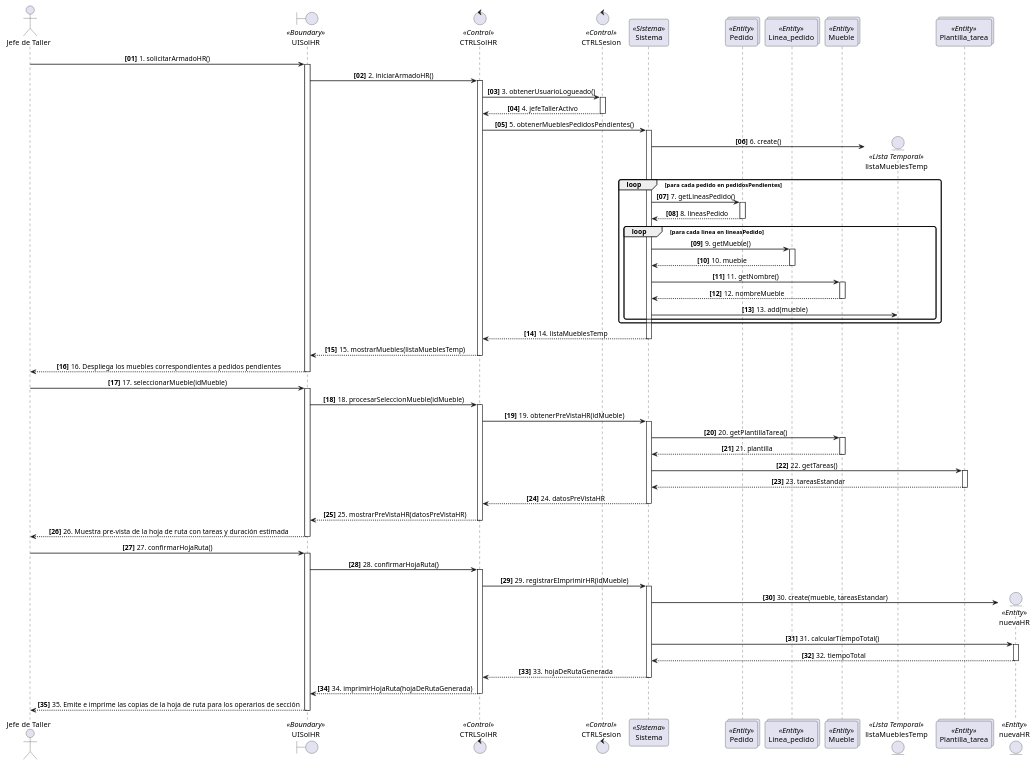
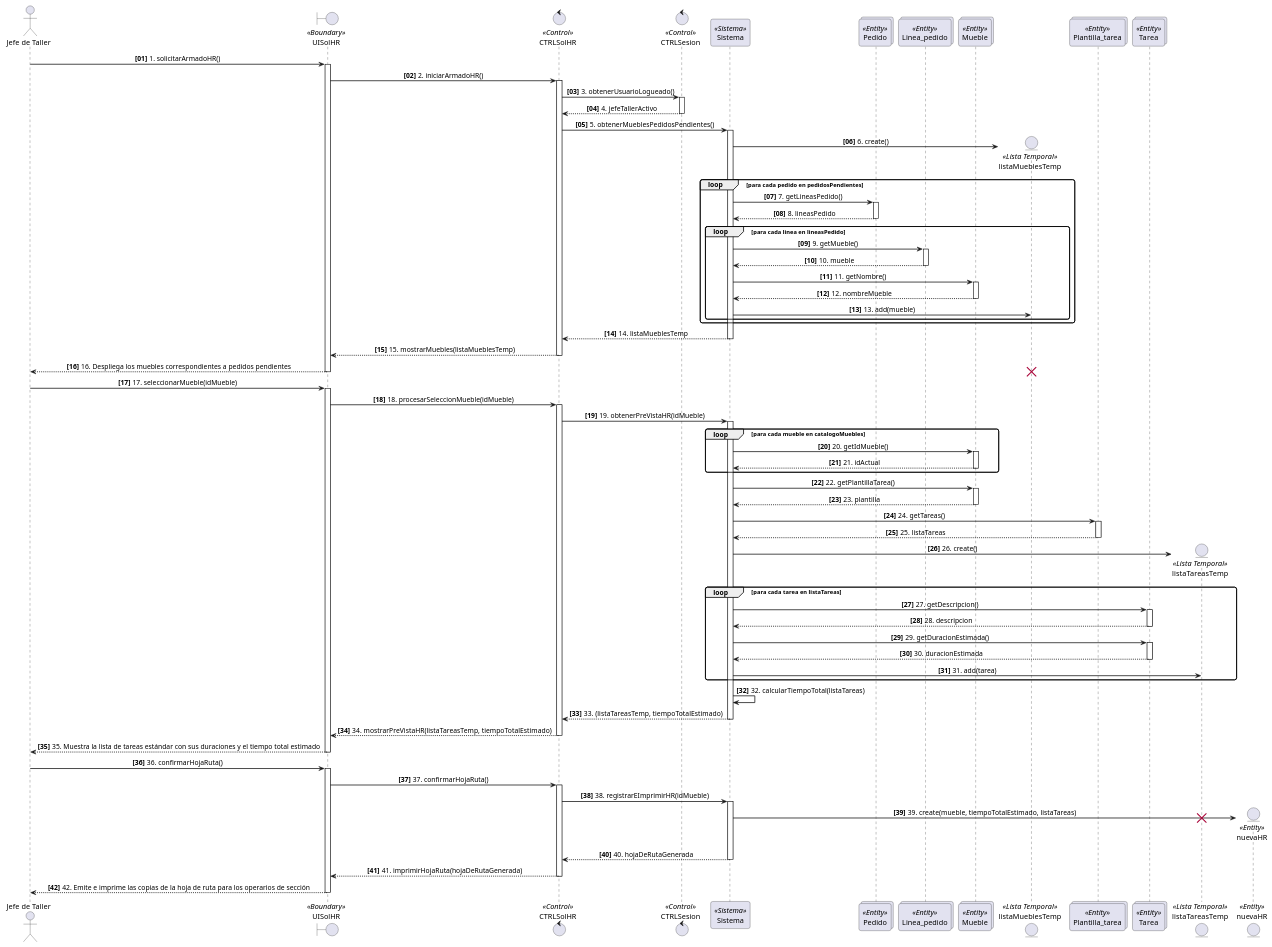
The diagram in modelos/03/03-diagrama-secuencia/secuencia_armar_hoja_de_ruta.puml (sandobaitt/dsi-2026), drawn with PlantUML before and after one commit. The commit also changed 5 other files, not shown here.

Commit message:
refactor: update armar hoja de ruta models with explicit method signatures and refine diagram skill guidelines

```diff
--- a/modelos/03/03-diagrama-secuencia/secuencia_armar_hoja_de_ruta.puml
+++ b/modelos/03/03-diagrama-secuencia/secuencia_armar_hoja_de_ruta.puml
@@ -1,152 +1,188 @@
 @startuml secuencia_armar_hoja_de_ruta
 !pragma layout smetana
 autonumber "<b>[00]</b>"
 skinparam shadowing false
 skinparam roundcorner 8
 skinparam sequenceArrowThickness 1.5
 skinparam sequenceMessageAlign center
 skinparam responseMessageBelowArrow true
 
 ' ==============================================================================
 ' DIAGRAMA DE SECUENCIA: Realización de CU "Armar Hoja de Ruta" (Camino Estándar)
 ' Modelo 03: Fábrica de Muebles Metálicos - Materia: Diseño de Sistemas (DSI 2026)
 ' - CTRLSesion preexistente para usuario activo
-' - Lista temporal creada e instanciada exclusivamente por Sistema
-' - Sin mensaje de retorno desde lista temporal hacia Sistema
-' - Sin llamadas destroy (optimización de parcial) y sin palabra clave return
+' - Búsqueda explícita del mueble, su plantilla y las tareas estándar
+' - Listas temporales creadas e instanciadas exclusivamente por Sistema
+' - Pre-vista clara: lista temporal de tareas y tiempo total acumulado
+' - Sin llamadas redundantes de cálculo y sin palabra clave return
 ' - Coherencia total con los métodos del Diagrama de Clases
 ' ==============================================================================
 
 ' 1. Participantes ordenados de izquierda a derecha
 actor "Jefe de Taller" as Actor
 boundary "UISolHR" as UI <<Boundary>>
 control "CTRLSolHR" as CTRL <<Control>>
 control "CTRLSesion" as CTRLSesion <<Control>>
 participant "Sistema" as Sistema <<Sistema>>
 collections "Pedido" as Pedidos <<Entity>>
 collections "Linea_pedido" as Lineas <<Entity>>
 collections "Mueble" as Muebles <<Entity>>
-entity "listaMueblesTemp" as ListaTemp <<Lista Temporal>>
+entity "listaMueblesTemp" as ListaMueblesTemp <<Lista Temporal>>
 collections "Plantilla_tarea" as Plantillas <<Entity>>
+collections "Tarea" as Tareas <<Entity>>
+entity "listaTareasTemp" as ListaTareasTemp <<Lista Temporal>>
 entity "nuevaHR" as HojaDeRuta <<Entity>>
 
 ' ------------------------------------------------------------------------------
 ' FLUJO PRINCIPAL (CAMINO ESTÁNDAR)
 ' ------------------------------------------------------------------------------
 
 ' Paso 1: El Jefe de Taller solicita la Hoja de Ruta
 Actor -> UI: 1. solicitarArmadoHR()
 activate UI
 
 UI -> CTRL: 2. iniciarArmadoHR()
 activate CTRL
 
 ' Regla Cátedra: Consulta de sesión preexistente sin pedir credenciales al actor
 CTRL -> CTRLSesion: 3. obtenerUsuarioLogueado()
 activate CTRLSesion
 CTRLSesion --> CTRL: 4. jefeTallerActivo
 deactivate CTRLSesion
 
 ' Regla Cátedra: De CTRL a Sistema se usa "obtener...()"
 CTRL -> Sistema: 5. obtenerMueblesPedidosPendientes()
 activate Sistema
 
-' Regla Cátedra: Sistema es el único responsable de crear listas temporales
-create ListaTemp
-Sistema -> ListaTemp: 6. create()
+' Regla Cátedra: Sistema crea la lista temporal para mostrar los muebles disponibles
+create ListaMueblesTemp
+Sistema -> ListaMueblesTemp: 6. create()
 
 ' Bucle para obtener muebles de los pedidos pendientes
 loop para cada pedido en pedidosPendientes
     Sistema -> Pedidos: 7. getLineasPedido()
     activate Pedidos
     Pedidos --> Sistema: 8. lineasPedido
     deactivate Pedidos
 
     loop para cada linea en lineasPedido
         Sistema -> Lineas: 9. getMueble()
         activate Lineas
         Lineas --> Sistema: 10. mueble
         deactivate Lineas
 
         Sistema -> Muebles: 11. getNombre()
         activate Muebles
         Muebles --> Sistema: 12. nombreMueble
         deactivate Muebles
 
         ' Regla Cátedra: Sistema añade a la lista que ya referencia
-        Sistema -> ListaTemp: 13. add(mueble)
+        Sistema -> ListaMueblesTemp: 13. add(mueble)
     end
 end
 
 ' Regla Cátedra: SIN retorno desde ListaTemp hacia Sistema
 ' Retorno con línea discontinua sin la palabra return
 Sistema --> CTRL: 14. listaMueblesTemp
 deactivate Sistema
 
 ' Paso 2: El Sistema muestra los diferentes muebles
 CTRL --> UI: 15. mostrarMuebles(listaMueblesTemp)
 deactivate CTRL
 
 UI --> Actor: 16. Despliega los muebles correspondientes a pedidos pendientes
 deactivate UI
 
+destroy ListaMueblesTemp
+
 ' Paso 3: El Jefe de Taller selecciona el mueble requerido
 Actor -> UI: 17. seleccionarMueble(idMueble)
 activate UI
 
 UI -> CTRL: 18. procesarSeleccionMueble(idMueble)
 activate CTRL
 
 CTRL -> Sistema: 19. obtenerPreVistaHR(idMueble)
 activate Sistema
 
-Sistema -> Muebles: 20. getPlantillaTarea()
+' Búsqueda e identificación del Mueble seleccionado en la colección
+loop para cada mueble en catalogoMuebles
+    Sistema -> Muebles: 20. getIdMueble()
+    activate Muebles
+    Muebles --> Sistema: 21. idActual
+    deactivate Muebles
+end
+
+' Se obtiene la plantilla de tareas asociada al mueble específico
+Sistema -> Muebles: 22. getPlantillaTarea()
 activate Muebles
-Muebles --> Sistema: 21. plantilla
+Muebles --> Sistema: 23. plantilla
 deactivate Muebles
 
-Sistema -> Plantillas: 22. getTareas()
+' Búsqueda y obtención de las tareas de la plantilla
+Sistema -> Plantillas: 24. getTareas()
 activate Plantillas
-Plantillas --> Sistema: 23. tareasEstandar
+Plantillas --> Sistema: 25. listaTareas
 deactivate Plantillas
 
-Sistema --> CTRL: 24. datosPreVistaHR
+' Regla Cátedra: Sistema crea la lista temporal para la pre-vista de las tareas
+create ListaTareasTemp
+Sistema -> ListaTareasTemp: 26. create()
+
+' Recorrido de cada tarea para obtener sus datos de detalle y acumular la duración
+loop para cada tarea en listaTareas
+    Sistema -> Tareas: 27. getDescripcion()
+    activate Tareas
+    Tareas --> Sistema: 28. descripcion
+    deactivate Tareas
+
+    Sistema -> Tareas: 29. getDuracionEstimada()
+    activate Tareas
+    Tareas --> Sistema: 30. duracionEstimada
+    deactivate Tareas
+
+    ' Se agrega cada tarea a la lista temporal de la pre-vista
+    Sistema -> ListaTareasTemp: 31. add(tarea)
+end
+
+' Cálculo único del tiempo total estimado a partir de las tareas de la plantilla
+Sistema -> Sistema: 32. calcularTiempoTotal(listaTareas)
+
+' Retorno de los datos concretos de la pre-vista: la lista de tareas y el tiempo total
+Sistema --> CTRL: 33. (listaTareasTemp, tiempoTotalEstimado)
 deactivate Sistema
 
 ' Paso 4: El Sistema muestra la pre-vista de la hoja de ruta
-CTRL --> UI: 25. mostrarPreVistaHR(datosPreVistaHR)
+CTRL --> UI: 34. mostrarPreVistaHR(listaTareasTemp, tiempoTotalEstimado)
 deactivate CTRL
 
-UI --> Actor: 26. Muestra pre-vista de la hoja de ruta con tareas y duración estimada
+UI --> Actor: 35. Muestra la lista de tareas estándar con sus duraciones y el tiempo total estimado
 deactivate UI
 
 ' Paso 5: El Jefe de Taller confirma la hoja de ruta
-Actor -> UI: 27. confirmarHojaRuta()
+Actor -> UI: 36. confirmarHojaRuta()
 activate UI
 
-UI -> CTRL: 28. confirmarHojaRuta()
+UI -> CTRL: 37. confirmarHojaRuta()
 activate CTRL
 
-' Paso 6: El Sistema registra y emite la impresión de la hoja de ruta
-CTRL -> Sistema: 29. registrarEImprimirHR(idMueble)
+' Paso 6: El Sistema registra y emite la impresión de la hoja de ruta definitiva
+CTRL -> Sistema: 38. registrarEImprimirHR(idMueble)
 activate Sistema
 
 create HojaDeRuta
-Sistema -> HojaDeRuta: 30. create(mueble, tareasEstandar)
+Sistema -> HojaDeRuta: 39. create(mueble, tiempoTotalEstimado, listaTareas)
 
-Sistema -> HojaDeRuta: 31. calcularTiempoTotal()
-activate HojaDeRuta
-HojaDeRuta --> Sistema: 32. tiempoTotal
-deactivate HojaDeRuta
+destroy ListaTareasTemp
 
-' Regla Cátedra: SIN destroy para lista temporal
-Sistema --> CTRL: 33. hojaDeRutaGenerada
+' Regla Cátedra: Retorno con línea discontinua sin return
+Sistema --> CTRL: 40. hojaDeRutaGenerada
 deactivate Sistema
 
-CTRL --> UI: 34. imprimirHojaRuta(hojaDeRutaGenerada)
+CTRL --> UI: 41. imprimirHojaRuta(hojaDeRutaGenerada)
 deactivate CTRL
 
-UI --> Actor: 35. Emite e imprime las copias de la hoja de ruta para los operarios de sección
+UI --> Actor: 42. Emite e imprime las copias de la hoja de ruta para los operarios de sección
 deactivate UI
 
 @enduml
```
